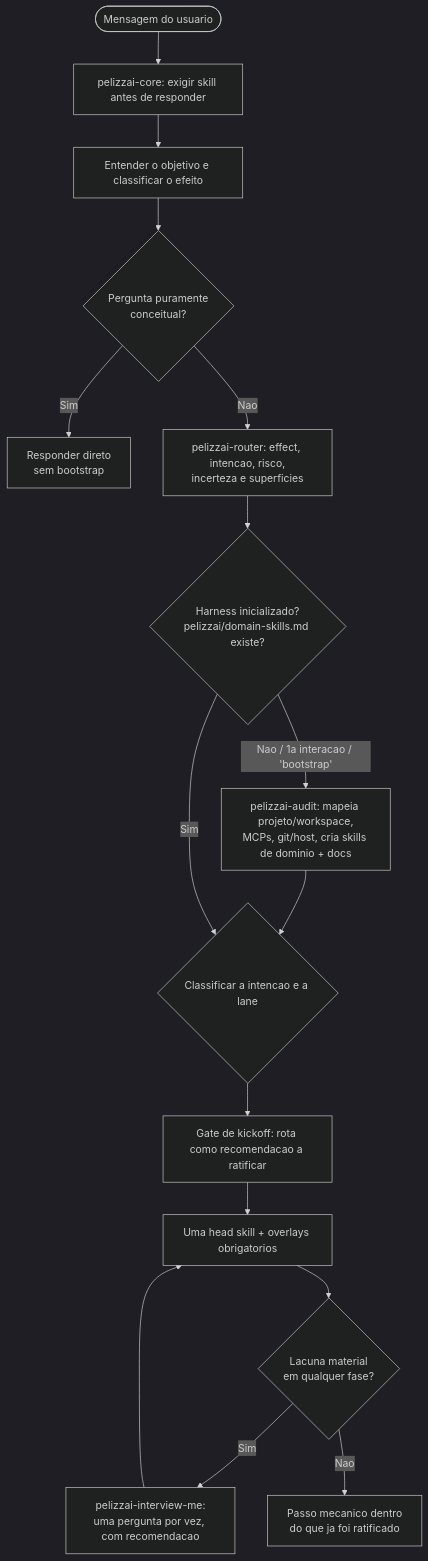
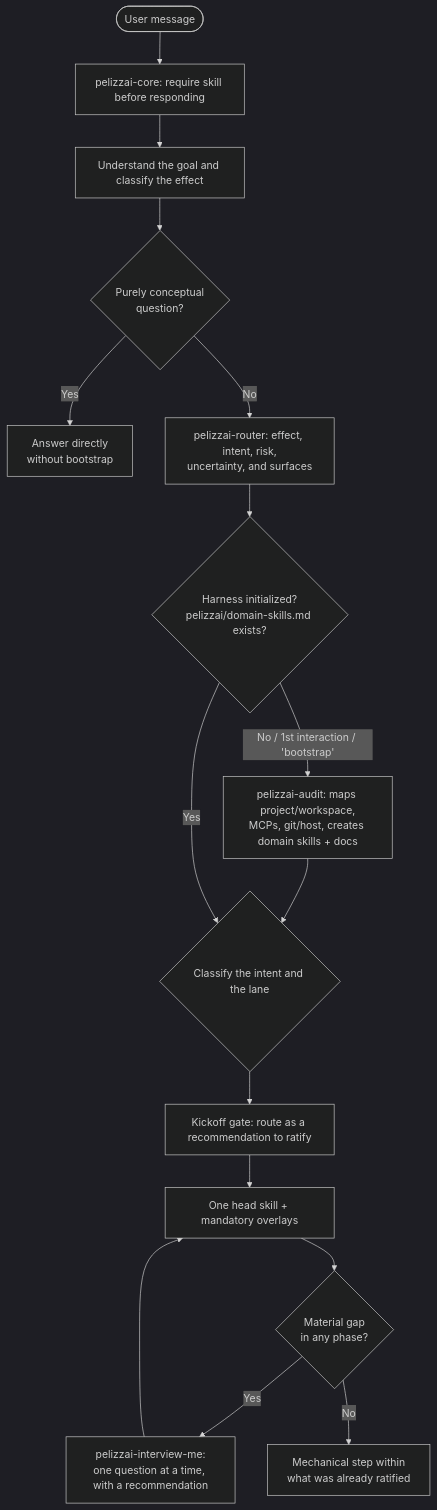
Before and after one commit to rpelizza/PelizzAI: the diagram in .claude/skills/pelizzai-core/SKILL.md, drawn with Mermaid (dark theme). The commit also changed other lines of this file and 362 other files, not shown here.

First line of the commit message:
feat(harness): translate PelizzAI to English and port noetron-design into pelizzai-frontend

````diff
--- a/.claude/skills/pelizzai-core/SKILL.md
+++ b/.claude/skills/pelizzai-core/SKILL.md
@@ -183,18 +187,18 @@
 ```mermaid
 flowchart TD
-    U(["Mensagem do usuario"]) --> P["pelizzai-core: exigir skill antes de responder"]
-    P --> G["Entender o objetivo e classificar o efeito"]
-    G --> CONC{"Pergunta puramente<br/>conceitual?"}
-    CONC -- "Sim" --> ANSC["Responder direto<br/>sem bootstrap"]
-    CONC -- "Nao" --> RT["pelizzai-router: effect, intencao, risco,<br/>incerteza e superficies"]
-    RT --> BOOT{"Harness inicializado?<br/>pelizzai/domain-skills.md existe?"}
-    BOOT -- "Nao / 1a interacao / 'bootstrap'" --> AUD["pelizzai-audit: mapeia projeto/workspace,<br/>MCPs, git/host, cria skills de dominio + docs"]
+    U(["User message"]) --> P["pelizzai-core: require skill before responding"]
+    P --> G["Understand the goal and classify the effect"]
+    G --> CONC{"Purely conceptual<br/>question?"}
+    CONC -- "Yes" --> ANSC["Answer directly<br/>without bootstrap"]
+    CONC -- "No" --> RT["pelizzai-router: effect, intent, risk,<br/>uncertainty, and surfaces"]
+    RT --> BOOT{"Harness initialized?<br/>pelizzai/domain-skills.md exists?"}
+    BOOT -- "No / 1st interaction / 'bootstrap'" --> AUD["pelizzai-audit: maps project/workspace,<br/>MCPs, git/host, creates domain skills + docs"]
     AUD --> CLS
-    BOOT -- "Sim" --> CLS{"Classificar a intencao e a lane"}
-    CLS --> KICK["Gate de kickoff: rota como recomendacao a ratificar"]
-    KICK --> HEAD["Uma head skill + overlays obrigatorios"]
-    HEAD --> GAP{"Lacuna material<br/>em qualquer fase?"}
-    GAP -- "Sim" --> IV["pelizzai-interview-me:<br/>uma pergunta por vez, com recomendacao"]
+    BOOT -- "Yes" --> CLS{"Classify the intent and the lane"}
+    CLS --> KICK["Kickoff gate: route as a recommendation to ratify"]
+    KICK --> HEAD["One head skill + mandatory overlays"]
+    HEAD --> GAP{"Material gap<br/>in any phase?"}
+    GAP -- "Yes" --> IV["pelizzai-interview-me:<br/>one question at a time, with a recommendation"]
     IV --> HEAD
-    GAP -- "Nao" --> GO["Passo mecanico dentro<br/>do que ja foi ratificado"]
+    GAP -- "No" --> GO["Mechanical step within<br/>what was already ratified"]
 ```
````
